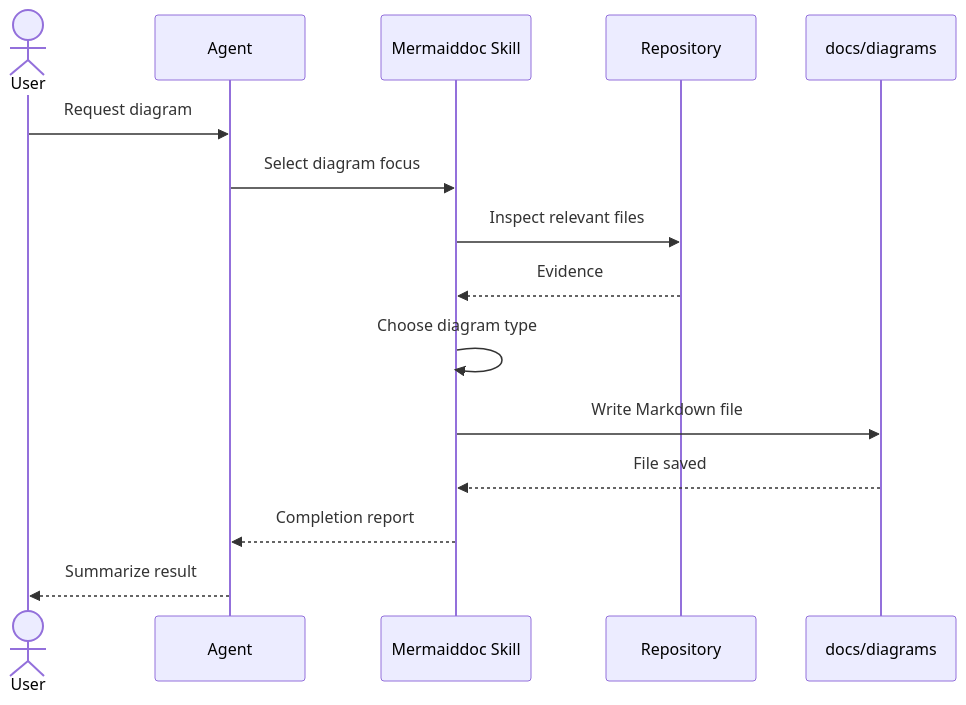
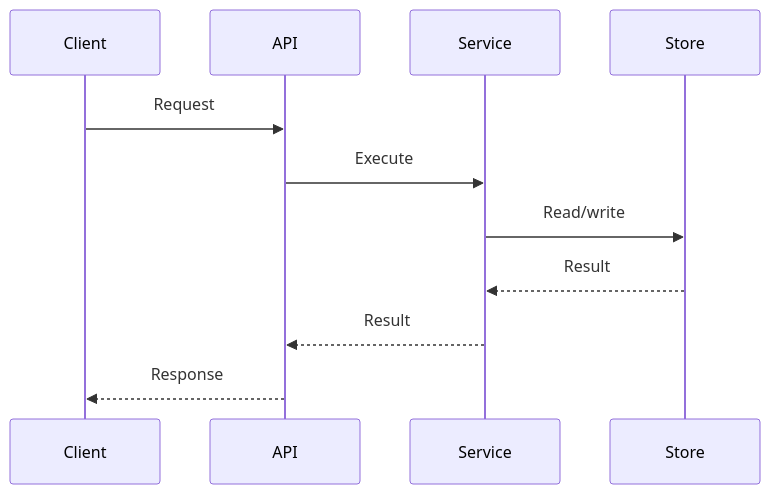
One commit to stefanrossmeier/ai-craftkit changed the fourth of 6 diagrams in skills/mermaiddoc/examples/mermaiddoc-examples.md. Above: the diagram before and after it, drawn with Mermaid. The commit also changed other lines of this file and 23 other files, not shown here.

````diff
--- a/skills/mermaiddoc/examples/mermaiddoc-examples.md
+++ b/skills/mermaiddoc/examples/mermaiddoc-examples.md
@@ -242,18 +43,14 @@
 ```mermaid
 sequenceDiagram
-    actor User
-    participant Agent
-    participant Skill as Mermaiddoc Skill
-    participant Repo as Repository
-    participant Docs as docs/diagrams
+    participant C as Client
+    participant A as API
+    participant S as Service
+    participant D as Store
 
-    User->>Agent: Request diagram
-    Agent->>Skill: Select diagram focus
-    Skill->>Repo: Inspect relevant files
-    Repo-->>Skill: Evidence
-    Skill->>Skill: Choose diagram type
-    Skill->>Docs: Write Markdown file
-    Docs-->>Skill: File saved
-    Skill-->>Agent: Completion report
-    Agent-->>User: Summarize result
+    C->>A: Request
+    A->>S: Execute
+    S->>D: Read/write
+    D-->>S: Result
+    S-->>A: Result
+    A-->>C: Response
 ```
````
